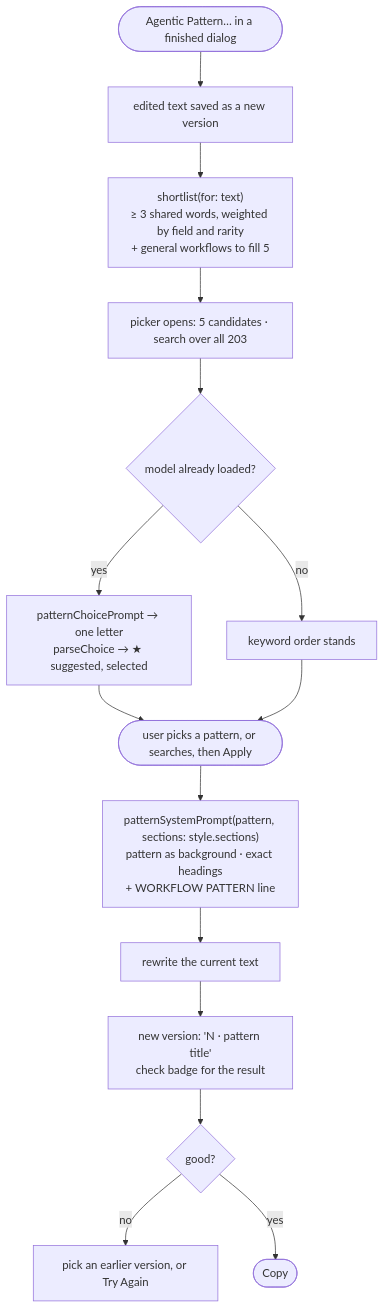
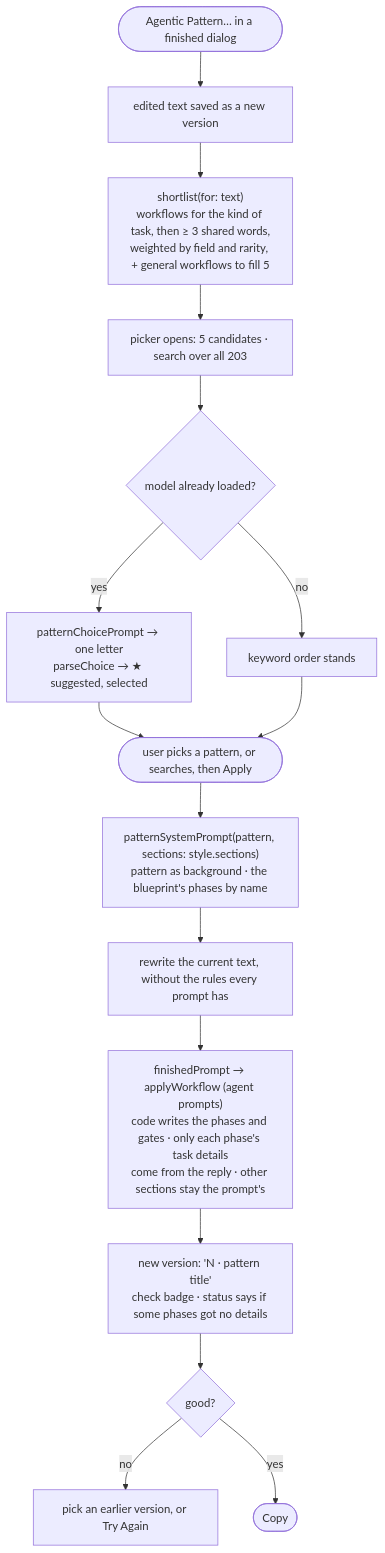
One commit to jdgiles26/prompt-menu changed diagram 15 of 18 in docs/FLOW_MAPS.md. Above: the diagram before and after it, drawn with Mermaid. The commit also changed other lines of this file and 23 other files, not shown here.

````diff
--- a/docs/FLOW_MAPS.md
+++ b/docs/FLOW_MAPS.md
@@ -371,17 +372,18 @@
 ```mermaid
 flowchart TD
     A([Agentic Pattern… in a finished dialog]) --> B[edited text saved as a new version]
-    B --> C["shortlist(for: text)<br/>≥ 3 shared words, weighted by field and rarity<br/>+ general workflows to fill 5"]
+    B --> C["shortlist(for: text)<br/>workflows for the kind of task, then ≥ 3 shared words,<br/>weighted by field and rarity, + general workflows to fill 5"]
     C --> D[picker opens: 5 candidates · search over all 203]
     D --> E{model already loaded?}
     E -- yes --> F["patternChoicePrompt → one letter<br/>parseChoice → ★ suggested, selected"]
     E -- no --> G[keyword order stands]
     F --> H
     G --> H([user picks a pattern, or searches, then Apply])
-    H --> I["patternSystemPrompt(pattern, sections: style.sections)<br/>pattern as background · exact headings<br/>+ WORKFLOW PATTERN line"]
-    I --> J[rewrite the current text]
-    J --> K[new version: 'N · pattern title'<br/>check badge for the result]
+    H --> I["patternSystemPrompt(pattern, sections: style.sections)<br/>pattern as background · the blueprint's phases by name"]
+    I --> J[rewrite the current text, without the rules every prompt has]
+    J --> J2["finishedPrompt → applyWorkflow (agent prompts)<br/>code writes the phases and gates · only each phase's task details<br/>come from the reply · other sections stay the prompt's"]
+    J2 --> K[new version: 'N · pattern title'<br/>check badge · status says if some phases got no details]
     K --> L{good?}
     L -- no --> M[pick an earlier version, or Try Again]
     L -- yes --> N([Copy])
 ```
````
